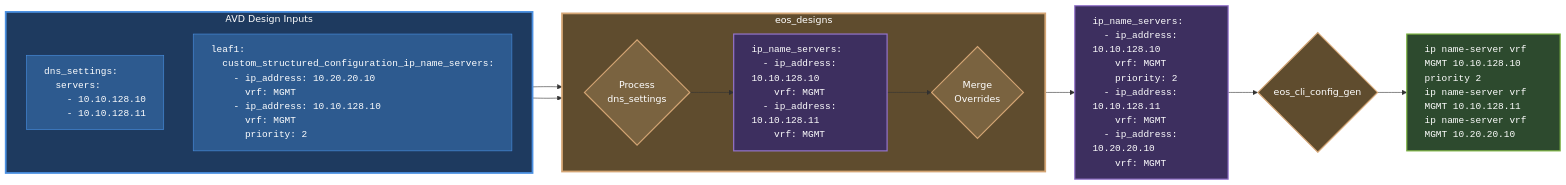
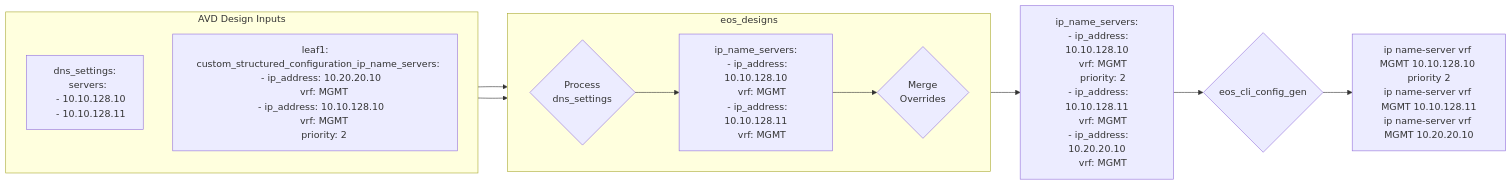
The eighth of 8 diagrams in docs/getting-started/avd-usage-patterns.md (aristanetworks/avd), drawn with Mermaid before and after one commit. The commit also changed other lines of this file, not shown here.

````diff
--- a/docs/getting-started/avd-usage-patterns.md
+++ b/docs/getting-started/avd-usage-patterns.md
@@ -364,31 +311,20 @@
 ```mermaid
 graph LR
     A1 --> B1
     A2 --> B4
     B4 --> C["ip_name_servers:<br/>&nbsp;&nbsp;- ip_address: 10.10.128.10<br/>&nbsp;&nbsp;&nbsp;&nbsp;vrf: MGMT<br/>&nbsp;&nbsp;&nbsp;&nbsp;priority: 2<br/>&nbsp;&nbsp;- ip_address: 10.10.128.11<br/>&nbsp;&nbsp;&nbsp;&nbsp;vrf: MGMT<br/>&nbsp;&nbsp;- ip_address: 10.20.20.10<br/>&nbsp;&nbsp;&nbsp;&nbsp;vrf: MGMT"]
     C --> D{eos_cli_config_gen}
     D --> E["ip name-server vrf MGMT 10.10.128.10 priority 2<br/>ip name-server vrf MGMT 10.10.128.11<br/>ip name-server vrf MGMT 10.20.20.10"]
 
     subgraph A[AVD Design Inputs]
         direction TB
         A1["dns_settings:<br/>&nbsp;&nbsp;servers:<br/>&nbsp;&nbsp;&nbsp;&nbsp;- 10.10.128.10<br/>&nbsp;&nbsp;&nbsp;&nbsp;- 10.10.128.11"]
         A2["leaf1:<br/>&nbsp;&nbsp;custom_structured_configuration_ip_name_servers:<br/>&nbsp;&nbsp;&nbsp;&nbsp;- ip_address: 10.20.20.10<br/>&nbsp;&nbsp;&nbsp;&nbsp;&nbsp;&nbsp;vrf: MGMT<br/>&nbsp;&nbsp;&nbsp;&nbsp;- ip_address: 10.10.128.10<br/>&nbsp;&nbsp;&nbsp;&nbsp;&nbsp;&nbsp;vrf: MGMT<br/>&nbsp;&nbsp;&nbsp;&nbsp;&nbsp;&nbsp;priority: 2"]
     end
 
     subgraph B[eos_designs]
         direction LR
         B1{Process<br/>dns_settings} --> B2["ip_name_servers:<br/>&nbsp;&nbsp;- ip_address: 10.10.128.10<br/>&nbsp;&nbsp;&nbsp;&nbsp;vrf: MGMT<br/>&nbsp;&nbsp;- ip_address: 10.10.128.11<br/>&nbsp;&nbsp;&nbsp;&nbsp;vrf: MGMT"]
         B2 --> B4{Merge<br/>Overrides}
     end
-
-    style A fill:#1e3a5f,stroke:#4a90e2,stroke-width:3px,color:#fff
-    style A1 fill:#2d5a8f,stroke:#4a90e2,stroke-width:1px,color:#fff,text-align:left,font-family:monospace
-    style A2 fill:#2d5a8f,stroke:#4a90e2,stroke-width:1px,color:#fff,text-align:left,font-family:monospace
-    style B fill:#5f4c2e,stroke:#d4a574,stroke-width:3px,color:#fff
-    style B1 fill:#7a6340,stroke:#d4a574,stroke-width:2px,color:#fff
-    style B2 fill:#3d2f5f,stroke:#9575cd,stroke-width:2px,color:#fff,text-align:left,font-family:monospace
-    style B4 fill:#7a6340,stroke:#d4a574,stroke-width:2px,color:#fff
-    style C fill:#3d2f5f,stroke:#9575cd,stroke-width:2px,color:#fff,text-align:left,font-family:monospace
-    style D fill:#5f4c2e,stroke:#d4a574,stroke-width:2px,color:#fff
-    style E fill:#2d4a2e,stroke:#7cb342,stroke-width:2px,color:#fff,text-align:left,font-family:monospace
 ```
````
